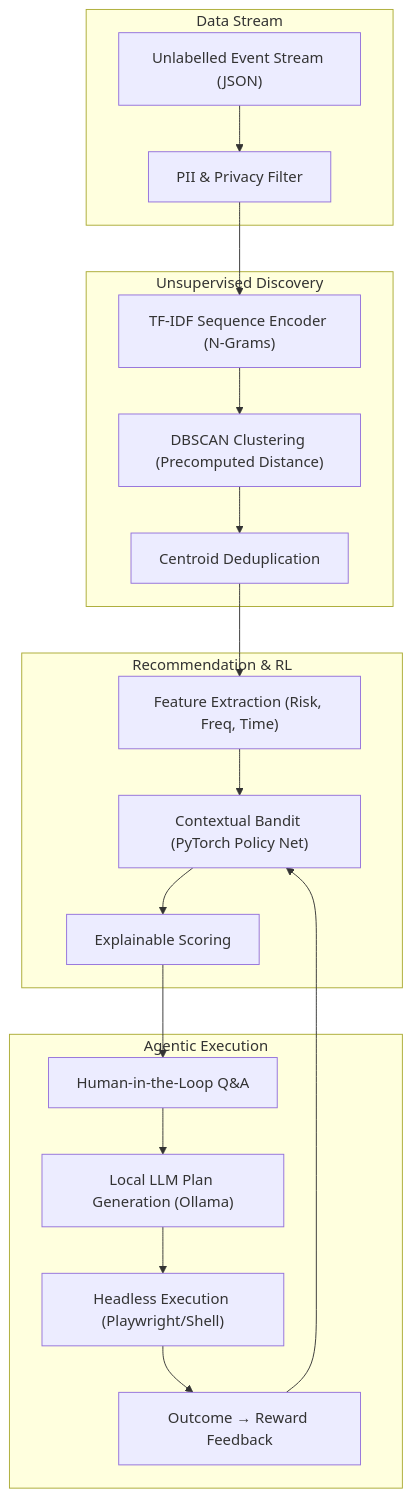
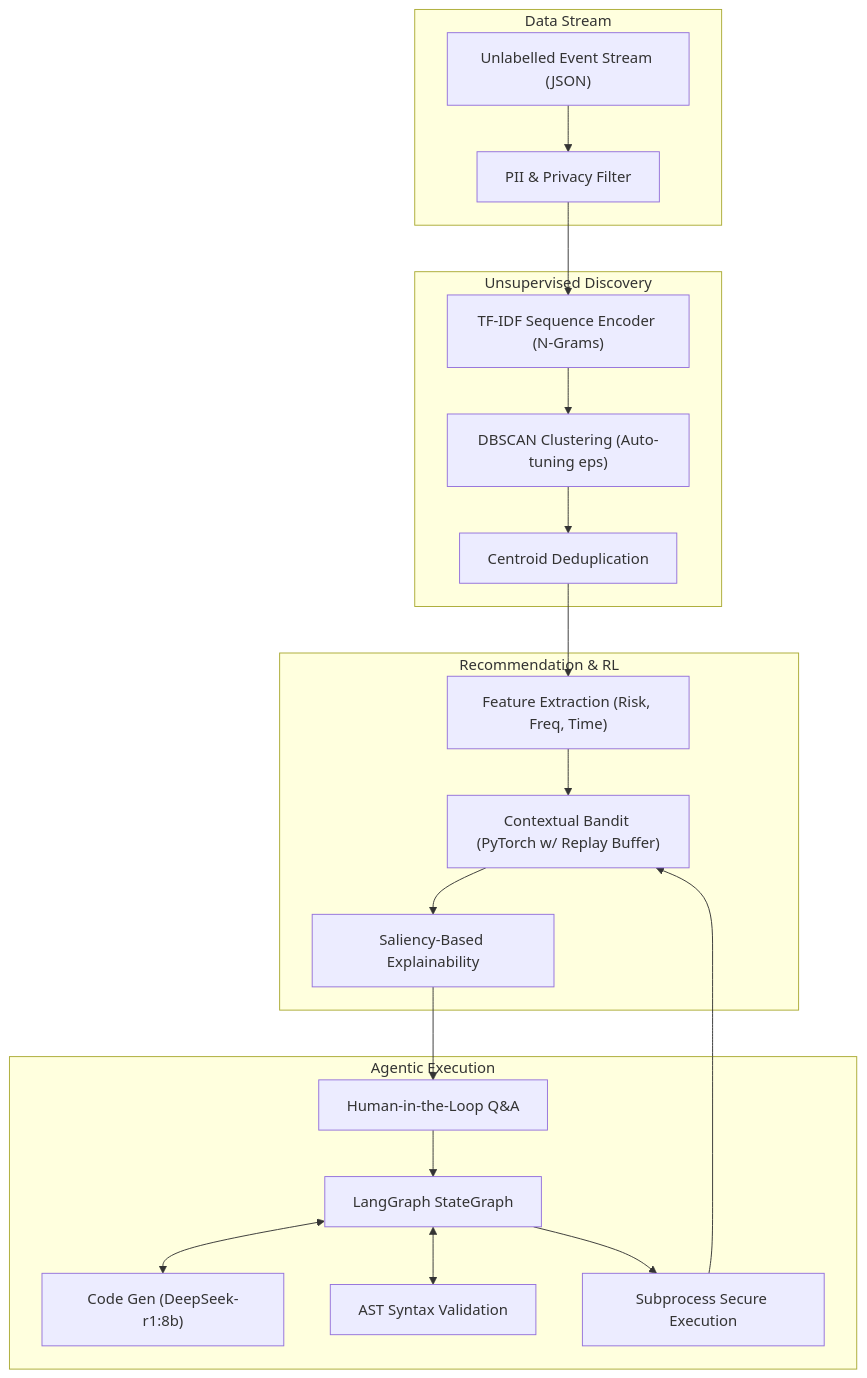
One commit to Ujjwal-Bajpayee/MOMENTUM changed the diagram in README.md. Above: the diagram before and after it, drawn with Mermaid. The commit also changed other lines of this file and 37 other files, not shown here.

````diff
--- a/README.md
+++ b/README.md
@@ -30,31 +36,35 @@
 ```mermaid
 graph TD
     subgraph Data Stream
         Events["Unlabelled Event Stream (JSON)"]
         Scrubber["PII & Privacy Filter"]
     end
 
     subgraph Unsupervised Discovery
         TFIDF["TF-IDF Sequence Encoder (N-Grams)"]
-        DBSCAN["DBSCAN Clustering (Precomputed Distance)"]
+        DBSCAN["DBSCAN Clustering (Auto-tuning eps)"]
         Dedupe["Centroid Deduplication"]
     end
 
     subgraph Recommendation & RL
         Features["Feature Extraction (Risk, Freq, Time)"]
-        Bandit["Contextual Bandit (PyTorch Policy Net)"]
-        Explain["Explainable Scoring"]
+        Bandit["Contextual Bandit (PyTorch w/ Replay Buffer)"]
+        Explain["Saliency-Based Explainability"]
     end
 
     subgraph Agentic Execution
         Context["Human-in-the-Loop Q&A"]
-        LLM["Local LLM Plan Generation (Ollama)"]
-        Executor["Headless Execution (Playwright/Shell)"]
-        Reward["Outcome → Reward Feedback"]
+        LG["LangGraph StateGraph"]
+        LLM["Code Gen (DeepSeek-r1:8b)"]
+        AST["AST Syntax Validation"]
+        Executor["Subprocess Secure Execution"]
     end
 
     Events --> Scrubber --> TFIDF --> DBSCAN --> Dedupe
     Dedupe --> Features --> Bandit --> Explain
-    Explain --> Context --> LLM --> Executor --> Reward
-    Reward --> Bandit
+    Explain --> Context --> LG
+    LG <--> LLM
+    LG <--> AST
+    LG --> Executor
+    Executor --> Bandit
 ```
````
